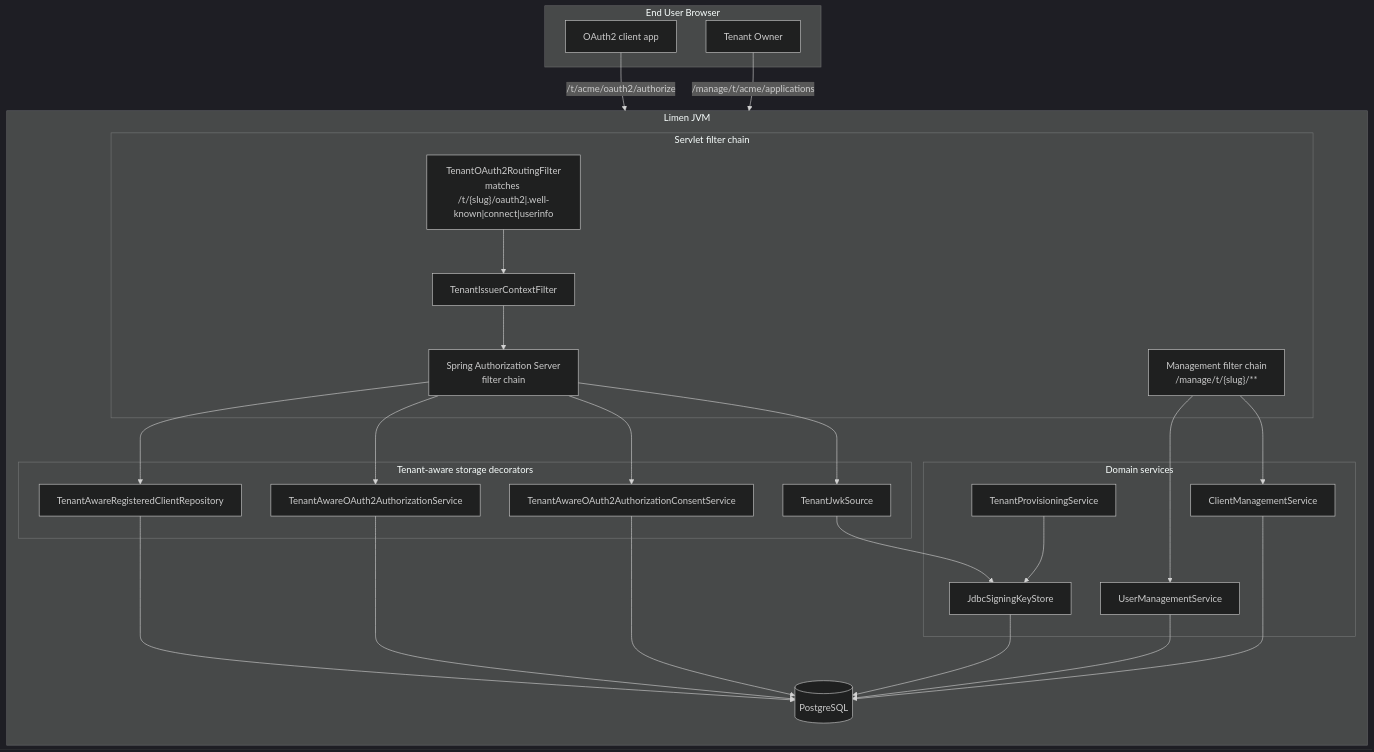
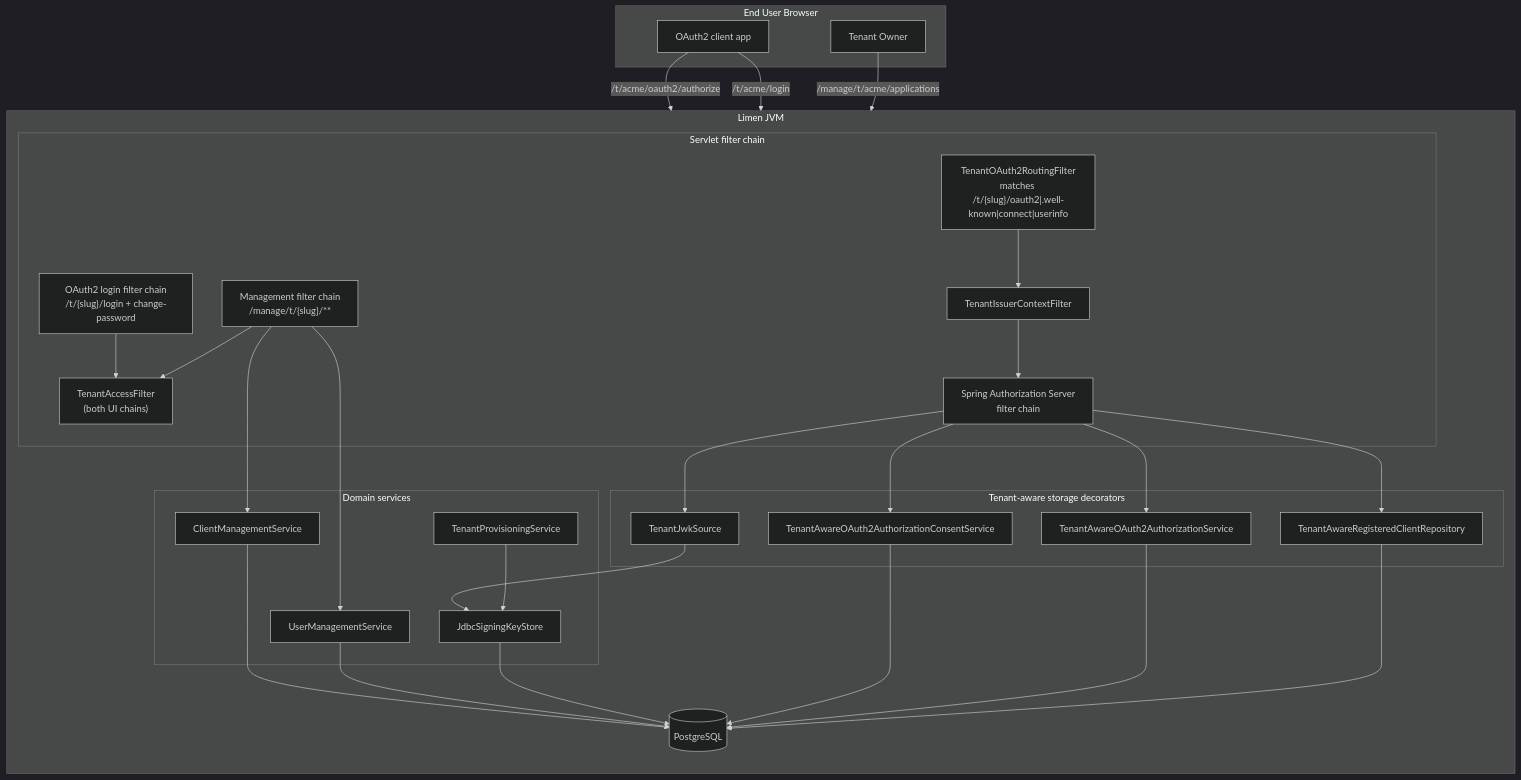
Before and after one commit to stucray/limen: the second of 5 diagrams in docs/ARCHITECTURE.md, drawn with Mermaid (dark theme). The commit also changed other lines of this file, not shown here.

First line of the commit message:
Update architecture doc for tenant-isolated login (PR #36) (#37)

````diff
--- a/docs/ARCHITECTURE.md
+++ b/docs/ARCHITECTURE.md
@@ -108,52 +109,57 @@
 ```mermaid
 flowchart TB
     subgraph "End User Browser"
       EU[OAuth2 client app]
       MGT[Tenant Owner]
     end
 
     subgraph "Limen JVM"
       direction TB
 
       subgraph "Servlet filter chain"
         ROUT["TenantOAuth2RoutingFilter<br/>matches /t/{slug}/oauth2|.well-known|connect|userinfo"]
         ISS[TenantIssuerContextFilter]
         SAS["Spring Authorization Server<br/>filter chain"]
+        OAL["OAuth2 login filter chain<br/>/t/{slug}/login + change-password"]
         MGTC["Management filter chain<br/>/manage/t/{slug}/**"]
+        TAF["TenantAccessFilter<br/>(both UI chains)"]
       end
 
       subgraph "Tenant-aware storage decorators"
         TRCR[TenantAwareRegisteredClientRepository]
         TAS[TenantAwareOAuth2AuthorizationService]
         TACS[TenantAwareOAuth2AuthorizationConsentService]
         TJWK[TenantJwkSource]
       end
 
       subgraph "Domain services"
         TPS[TenantProvisioningService]
         SKS[JdbcSigningKeyStore]
         UMS[UserManagementService]
         CMS[ClientManagementService]
       end
 
       DB[(PostgreSQL)]
     end
 
     EU -->|/t/acme/oauth2/authorize| ROUT
+    EU -->|/t/acme/login| OAL
     MGT -->|/manage/t/acme/applications| MGTC
+    MGTC --> TAF
+    OAL --> TAF
     ROUT --> ISS --> SAS
     SAS --> TRCR
     SAS --> TAS
     SAS --> TACS
     SAS --> TJWK
     MGTC --> UMS
     MGTC --> CMS
     TPS --> SKS
     TRCR --> DB
     TAS --> DB
     TACS --> DB
     TJWK --> SKS
     SKS --> DB
     UMS --> DB
     CMS --> DB
 ```
````
